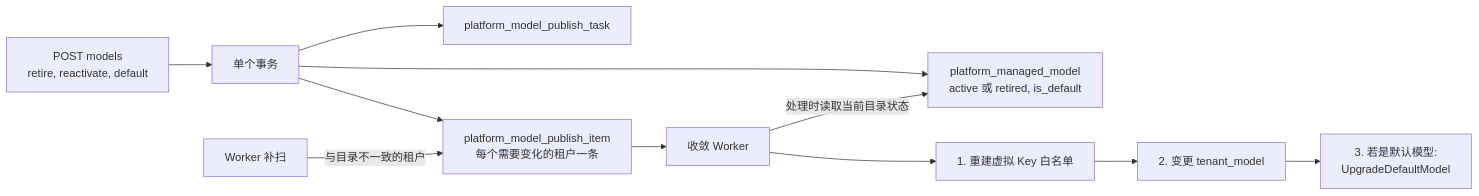
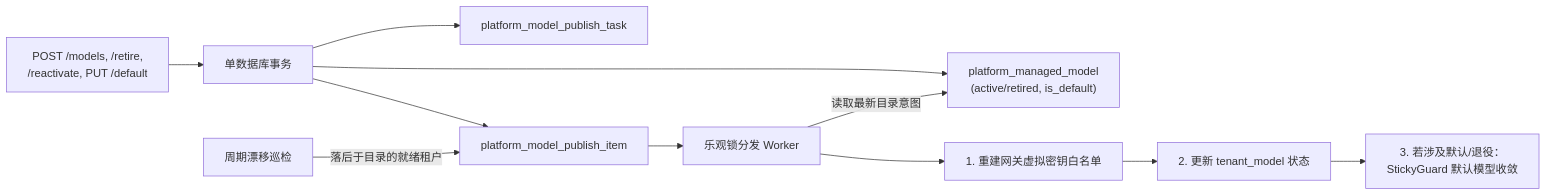
One commit to Sanderhoff-alt/oh-my-ragflow changed the second of 3 diagrams in extensions/model-platform/implementation-plan.zh-CN.md. Above: the diagram before and after it, drawn with Mermaid. The commit also changed other lines of this file and 25 other files, not shown here.

First line of the commit message:
docs(model-platform): add bilingual operator, user, and API guides and refresh design docs (#67)

````diff
--- a/extensions/model-platform/implementation-plan.zh-CN.md
+++ b/extensions/model-platform/implementation-plan.zh-CN.md
@@ -566,13 +264,13 @@
 ```mermaid
 flowchart LR
-    Admin["POST models<br>retire, reactivate, default"] --> Tx["单个事务"]
-    Tx --> Cat["platform_managed_model<br>active 或 retired, is_default"]
+    Admin["POST /models, /retire,<br/>/reactivate, PUT /default"] --> Tx["单数据库事务"]
+    Tx --> Cat["platform_managed_model<br/>(active/retired, is_default)"]
     Tx --> Task["platform_model_publish_task"]
-    Tx --> Items["platform_model_publish_item<br>每个需要变化的租户一条"]
-    Sweep["Worker 补扫"] -->|"与目录不一致的租户"| Items
-    Items --> Worker["收敛 Worker"]
-    Worker -->|"处理时读取当前目录状态"| Cat
-    Worker --> GW["1. 重建虚拟 Key 白名单"]
-    GW --> DB["2. 变更 tenant_model"]
-    DB --> Def["3. 若是默认模型:<br>UpgradeDefaultModel"]
+    Tx --> Items["platform_model_publish_item"]
+    Sweep["周期漂移巡检"] -->|"落后于目录的就绪租户"| Items
+    Items --> Worker["乐观锁分发 Worker"]
+    Worker -->|"读取最新目录意图"| Cat
+    Worker --> GW["1. 重建网关虚拟密钥白名单"]
+    GW --> DB["2. 更新 tenant_model 状态"]
+    DB --> Def["3. 若涉及默认/退役：<br/>StickyGuard 默认模型收敛"]
 ```
````
